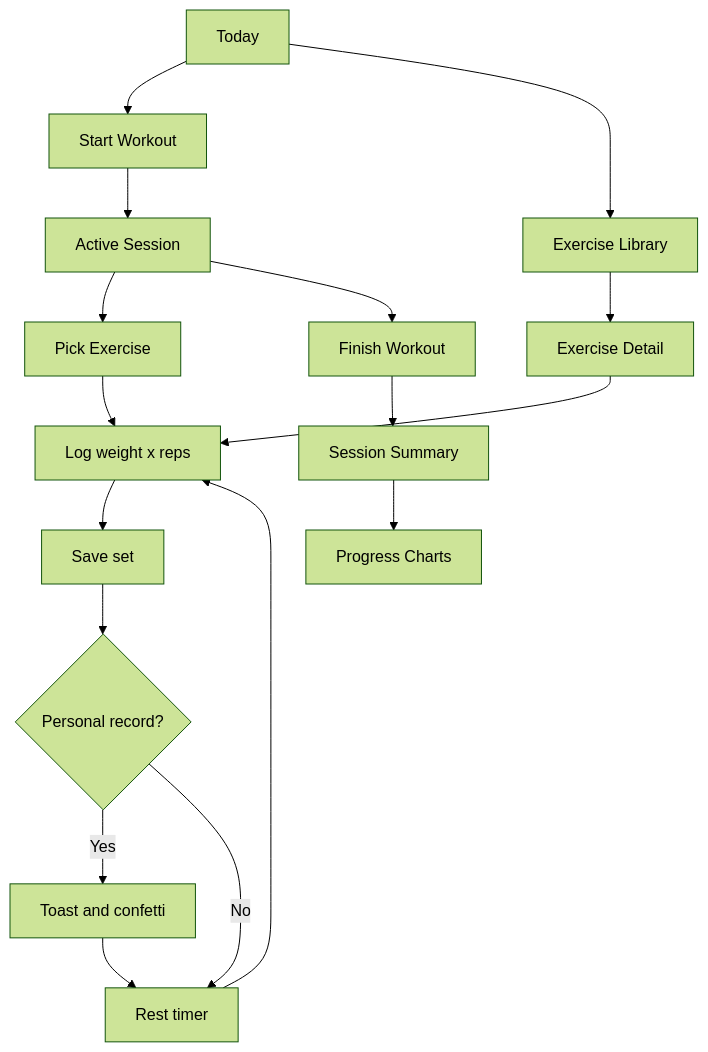
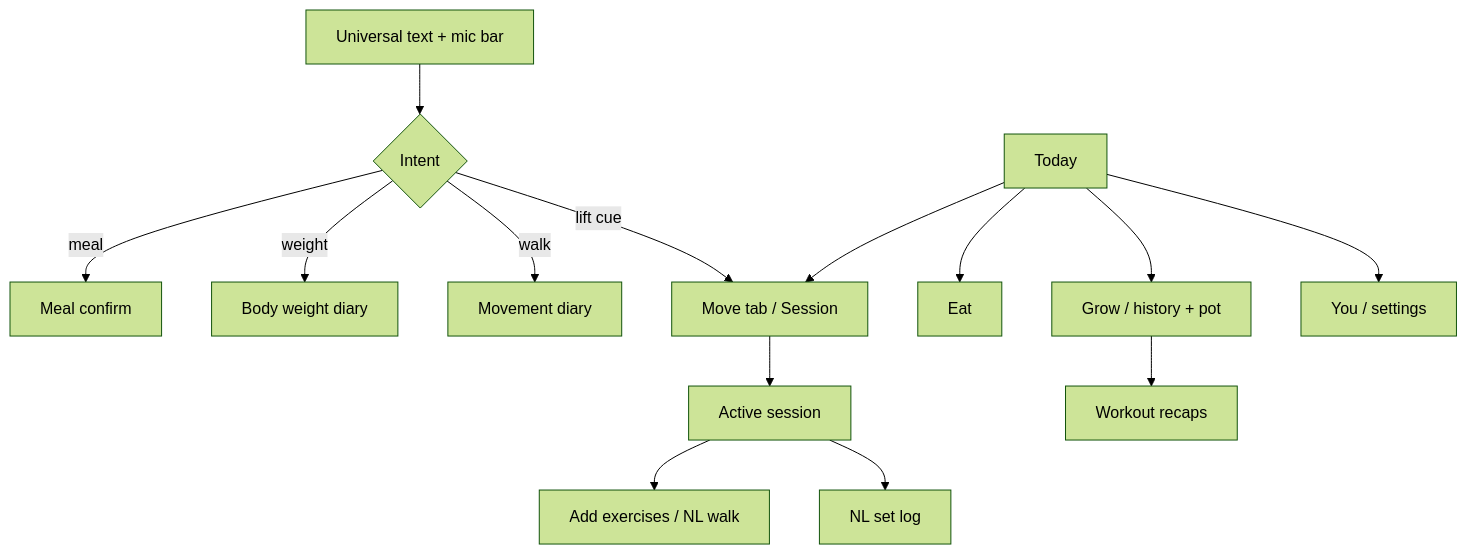
The diagram in README.md (Dhruva966/weighttrackerdv), drawn with Mermaid (forest theme) before and after one commit. The commit also changed other lines of this file and 11 other files, not shown here.

````diff
--- a/README.md
+++ b/README.md
@@ -6,19 +8,16 @@
 ```mermaid
 flowchart TD
-  Today[Today] --> Start[Start Workout]
-  Start --> Session[Active Session]
-  Session --> Pick[Pick Exercise]
-  Pick --> Log[Log weight x reps]
-  Log --> Save[Save set]
-  Save --> PR{Personal record?}
-  PR -->|Yes| Confetti[Toast and confetti]
-  PR -->|No| Timer[Rest timer]
-  Confetti --> Timer
-  Timer --> Log
-  Session --> Finish[Finish Workout]
-  Finish --> Summary[Session Summary]
-  Summary --> Progress[Progress Charts]
-  Today --> Library[Exercise Library]
-  Library --> Detail[Exercise Detail]
-  Detail --> Log
+  Bar[Universal text + mic bar] --> Intent{Intent}
+  Intent -->|meal| Confirm[Meal confirm]
+  Intent -->|weight| BW[Body weight diary]
+  Intent -->|walk| MoveLog[Movement diary]
+  Intent -->|lift cue| Move[Move tab / Session]
+  Today[Today] --> Eat[Eat]
+  Today --> Move
+  Today --> Grow[Grow / history + pot]
+  Today --> You[You / settings]
+  Move --> Session[Active session]
+  Session --> Pick[Add exercises / NL walk]
+  Session --> Sets[NL set log]
+  Grow --> Recap[Workout recaps]
 ```
````
